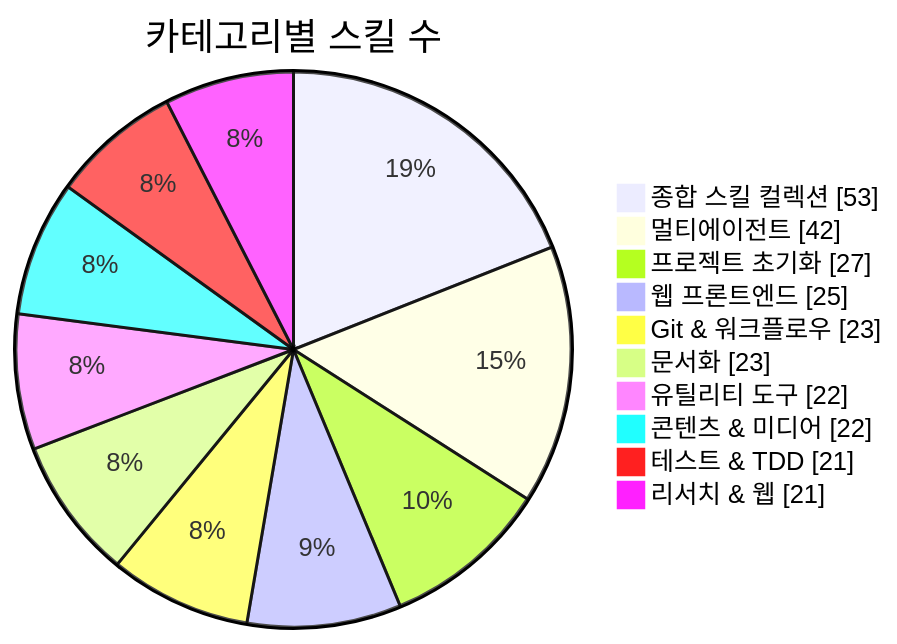
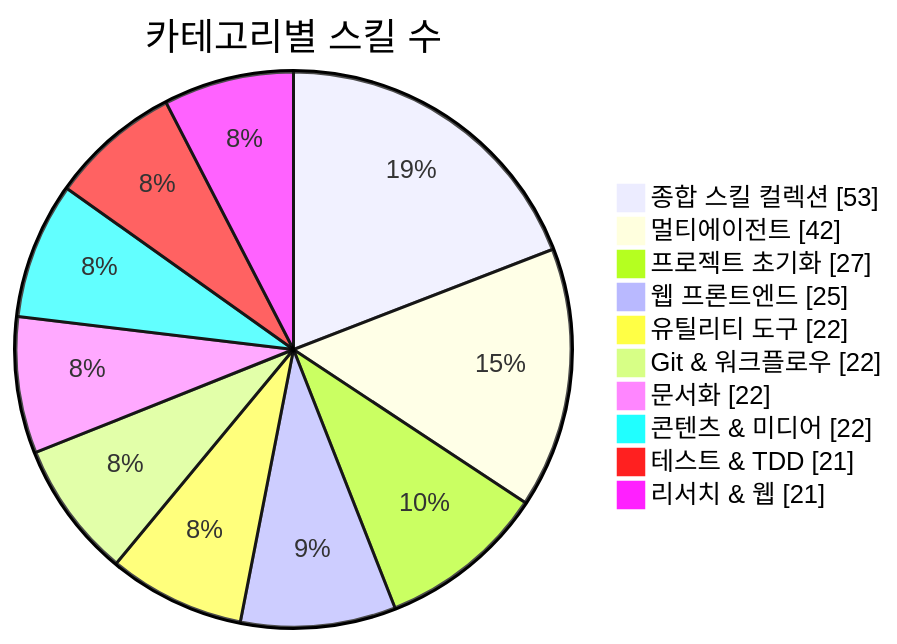
The first of 3 diagrams in README.md (J-nowcow/awesome-korean-agent-skills), drawn with Mermaid before and after one commit. The commit also changed other lines of this file and 27 other files, not shown here.

````diff
--- a/README.md
+++ b/README.md
@@ -176,14 +176,14 @@
 ```mermaid
 pie showData
     title 카테고리별 스킬 수
     "종합 스킬 컬렉션" : 53
     "멀티에이전트" : 42
     "프로젝트 초기화" : 27
     "웹 프론트엔드" : 25
-    "Git & 워크플로우" : 23
-    "문서화" : 23
     "유틸리티 도구" : 22
+    "Git & 워크플로우" : 22
+    "문서화" : 22
     "콘텐츠 & 미디어" : 22
     "테스트 & TDD" : 21
     "리서치 & 웹" : 21
 ```
````
